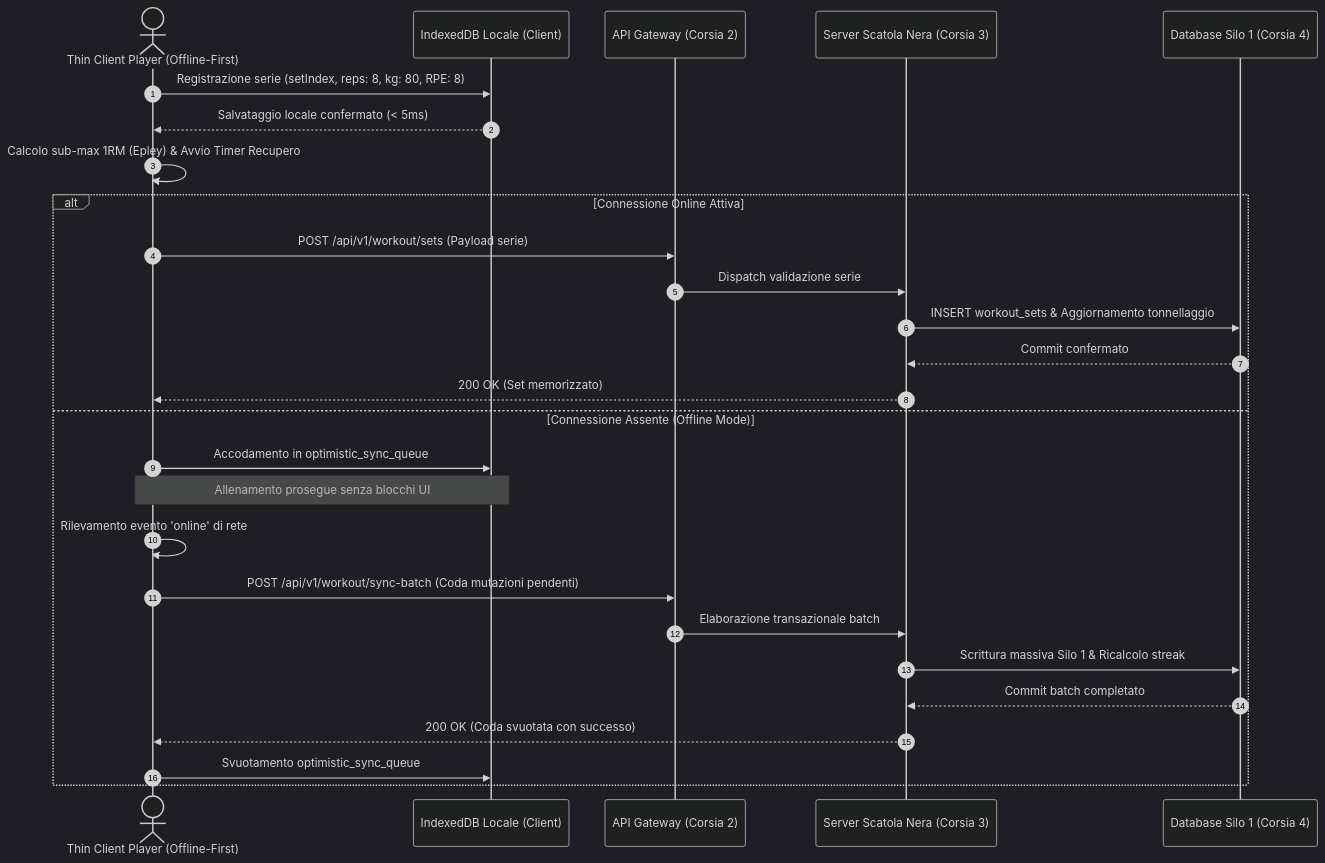
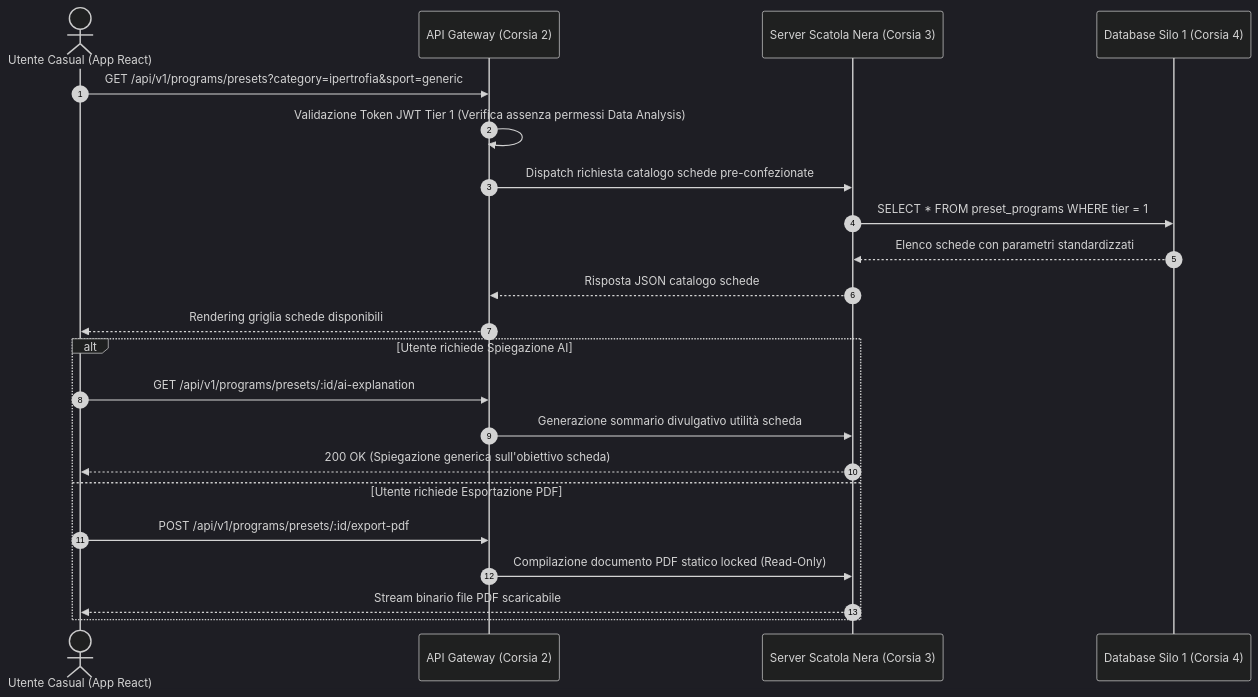
Before and after one commit to sportscience2025-star/Sports-Analytics-Platform---T7-Workout-APP: the first of 2 diagrams in architecture-blueprint/00-capitolato-tecnico-e-glossario/03-software-1-flow-3a-workout-player.md, drawn with Mermaid (dark theme). The commit also changed other lines of this file and 16 other files, not shown here.

Commit message:
feat(miro): align Col 3 flowcharts #03, #09, #15 to 3-tiers programming specifications and readiness section

````diff
--- a/architecture-blueprint/00-capitolato-tecnico-e-glossario/03-software-1-flow-3a-workout-player.md
+++ b/architecture-blueprint/00-capitolato-tecnico-e-glossario/03-software-1-flow-3a-workout-player.md
@@ -50,31 +48,26 @@
 ```mermaid
 sequenceDiagram
     autonumber
-    actor Utente as Thin Client Player (Offline-First)
-    participant IDB as IndexedDB Locale (Client)
+    actor Utente as Utente Casual (App React)
     participant GW as API Gateway (Corsia 2)
     participant SRV as Server Scatola Nera (Corsia 3)
     participant DB as Database Silo 1 (Corsia 4)
 
-    Utente->>IDB: Registrazione serie (setIndex, reps: 8, kg: 80, RPE: 8)
-    IDB-->>Utente: Salvataggio locale confermato (< 5ms)
-    Utente->>Utente: Calcolo sub-max 1RM (Epley) & Avvio Timer Recupero
+    Utente->>GW: GET /api/v1/programs/presets?category=ipertrofia&sport=generic
+    GW->>GW: Validazione Token JWT Tier 1 (Verifica assenza permessi Data Analysis)
+    GW->>SRV: Dispatch richiesta catalogo schede pre-confezionate
+    SRV->>DB: SELECT * FROM preset_programs WHERE tier = 1
+    DB-->>SRV: Elenco schede con parametri standardizzati
+    SRV-->>GW: Risposta JSON catalogo schede
+    GW-->>Utente: Rendering griglia schede disponibili
 
-    alt Connessione Online Attiva
-        Utente->>GW: POST /api/v1/workout/sets (Payload serie)
-        GW->>SRV: Dispatch validazione serie
-        SRV->>DB: INSERT workout_sets & Aggiornamento tonnellaggio
-        DB-->>SRV: Commit confermato
-        SRV-->>Utente: 200 OK (Set memorizzato)
-    else Connessione Assente (Offline Mode)
-        Utente->>IDB: Accodamento in optimistic_sync_queue
-        Note over Utente,IDB: Allenamento prosegue senza blocchi UI
-        Utente->>Utente: Rilevamento evento 'online' di rete
-        Utente->>GW: POST /api/v1/workout/sync-batch (Coda mutazioni pendenti)
-        GW->>SRV: Elaborazione transazionale batch
-        SRV->>DB: Scrittura massiva Silo 1 & Ricalcolo streak
-        DB-->>SRV: Commit batch completato
-        SRV-->>Utente: 200 OK (Coda svuotata con successo)
-        Utente->>IDB: Svuotamento optimistic_sync_queue
+    alt Utente richiede Spiegazione AI
+        Utente->>GW: GET /api/v1/programs/presets/:id/ai-explanation
+        GW->>SRV: Generazione sommario divulgativo utilità scheda
+        SRV-->>Utente: 200 OK (Spiegazione generica sull'obiettivo scheda)
+    else Utente richiede Esportazione PDF
+        Utente->>GW: POST /api/v1/programs/presets/:id/export-pdf
+        GW->>SRV: Compilazione documento PDF statico locked (Read-Only)
+        SRV-->>Utente: Stream binario file PDF scaricabile
     end
 ```
````
